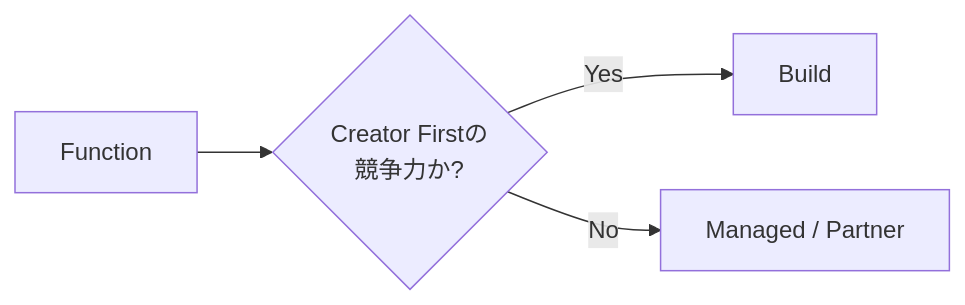
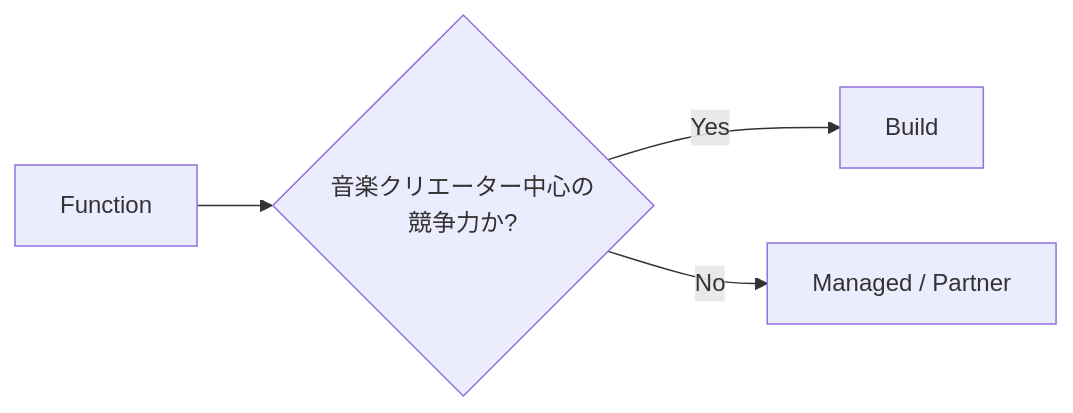
Before and after one commit to ShigeichiroYamasaki/creator-first-platform: diagram 42 of 47 in docs/whitepaper/12-infrastructure-cost.md, drawn with Mermaid. The commit also changed other lines of this file and 67 other files, not shown here.

````diff
--- a/docs/whitepaper/12-infrastructure-cost.md
+++ b/docs/whitepaper/12-infrastructure-cost.md
@@ -1761,9 +1761,9 @@
 ```mermaid
 flowchart LR
     FUNCTION[Function]
-    DIFFERENTIATOR{Creator Firstの<br/>競争力か?}
+    DIFFERENTIATOR{音楽クリエーター中心の<br/>競争力か?}
 
     FUNCTION --> DIFFERENTIATOR
     DIFFERENTIATOR -->|Yes| BUILD[Build]
     DIFFERENTIATOR -->|No| BUY[Managed / Partner]
 ```
````
